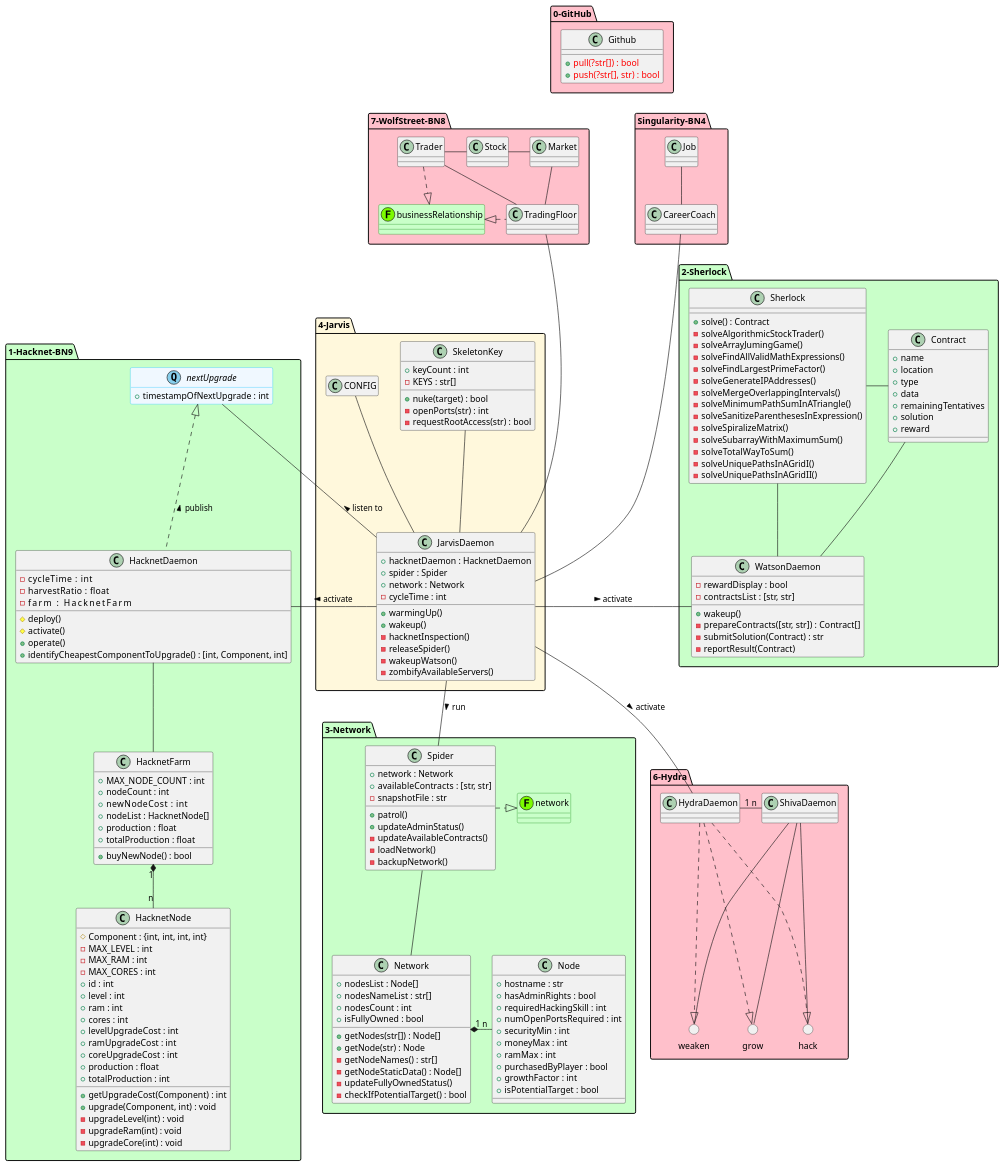
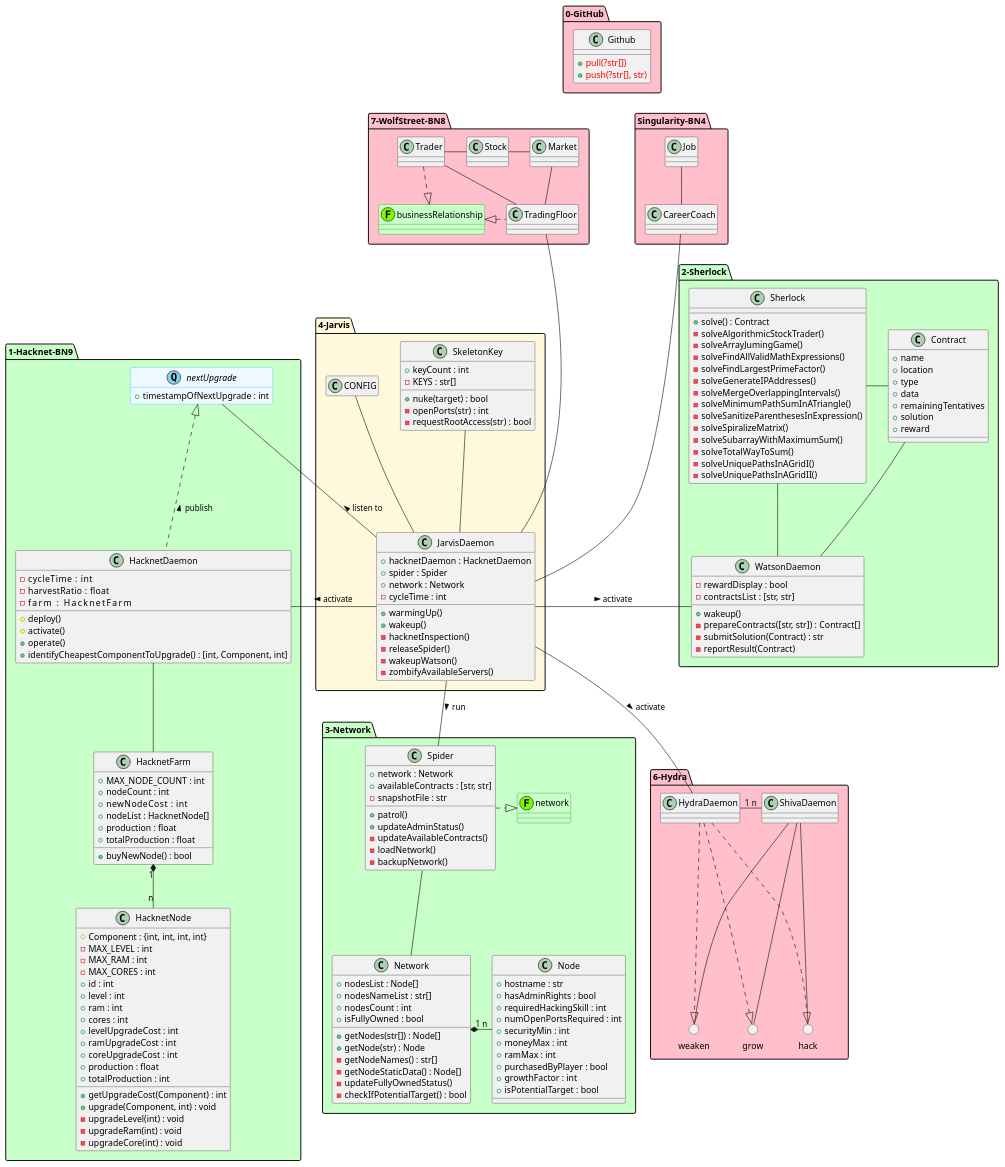
One commit to Desvart/bitburner changed the diagram in assets/classdiagram.iuml. Above: the diagram before and after it, drawn with PlantUML.

```diff
--- a/assets/classdiagram.iuml
+++ b/assets/classdiagram.iuml
@@ -5,8 +5,8 @@
 
 package 0-GitHub #pink{
   class Github {
-    +<color:#red>pull(?str[]) : bool
-    +<color:#red>push(?str[], str) : bool
+    +<color:#red>pull(?str[])
+    +<color:#red>push(?str[], str)
   }
 }
 
```
